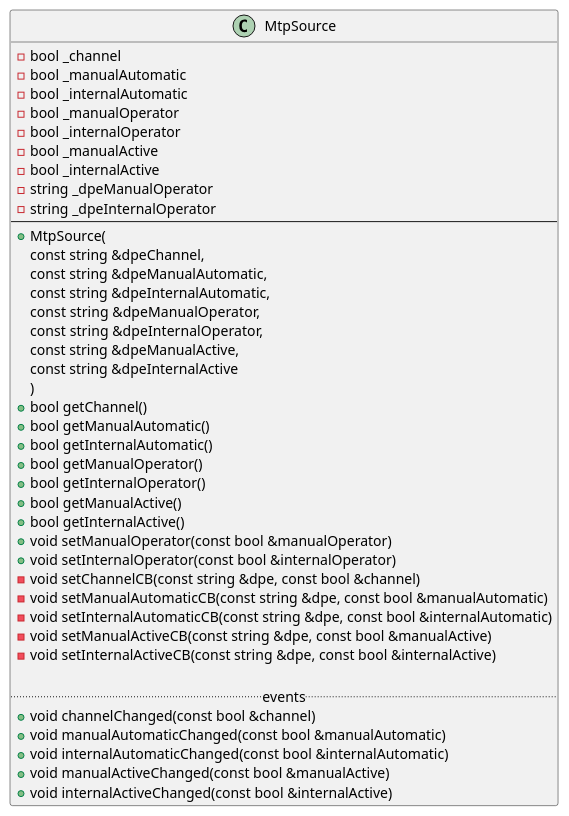
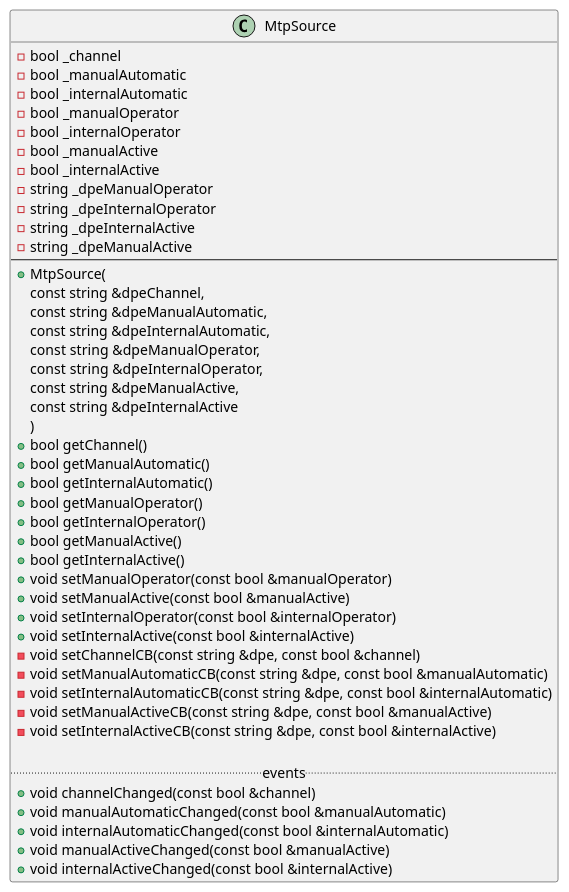
The diagram in source/Hilfsklassen/ViewModel/MtpSource.puml (winccoa/winccoa-ae-ctrl-mtpimporter), drawn with PlantUML before and after one commit. The commit also changed 2 other files, not shown here.

Commit message:
chore: small fixes in classdiagrams

```diff
--- a/source/Hilfsklassen/ViewModel/MtpSource.puml
+++ b/source/Hilfsklassen/ViewModel/MtpSource.puml
@@ -1,46 +1,50 @@
 @startuml
 
 class MtpSource {
     - bool _channel
     - bool _manualAutomatic
     - bool _internalAutomatic
     - bool _manualOperator
     - bool _internalOperator
     - bool _manualActive
     - bool _internalActive
     - string _dpeManualOperator
     - string _dpeInternalOperator
+    - string _dpeInternalActive
+    - string _dpeManualActive
 --
     + MtpSource(
         const string &dpeChannel, 
         const string &dpeManualAutomatic, 
         const string &dpeInternalAutomatic, 
         const string &dpeManualOperator, 
         const string &dpeInternalOperator, 
         const string &dpeManualActive, 
         const string &dpeInternalActive
         )  
-    + bool getChannel() 
+    + bool getChannel()
     + bool getManualAutomatic()
     + bool getInternalAutomatic()
     + bool getManualOperator()  
     + bool getInternalOperator()    
     + bool getManualActive()
     + bool getInternalActive()
     + void setManualOperator(const bool &manualOperator)
+    + void setManualActive(const bool &manualActive)
     + void setInternalOperator(const bool &internalOperator)
+    + void setInternalActive(const bool &internalActive)
     - void setChannelCB(const string &dpe, const bool &channel)
     - void setManualAutomaticCB(const string &dpe, const bool &manualAutomatic)
     - void setInternalAutomaticCB(const string &dpe, const bool &internalAutomatic)
     - void setManualActiveCB(const string &dpe, const bool &manualActive)
     - void setInternalActiveCB(const string &dpe, const bool &internalActive)
 
     ..events..
     + void channelChanged(const bool &channel)
     + void manualAutomaticChanged(const bool &manualAutomatic)
     + void internalAutomaticChanged(const bool &internalAutomatic)
     + void manualActiveChanged(const bool &manualActive)
     + void internalActiveChanged(const bool &internalActive)
 }
 
 @enduml
```
